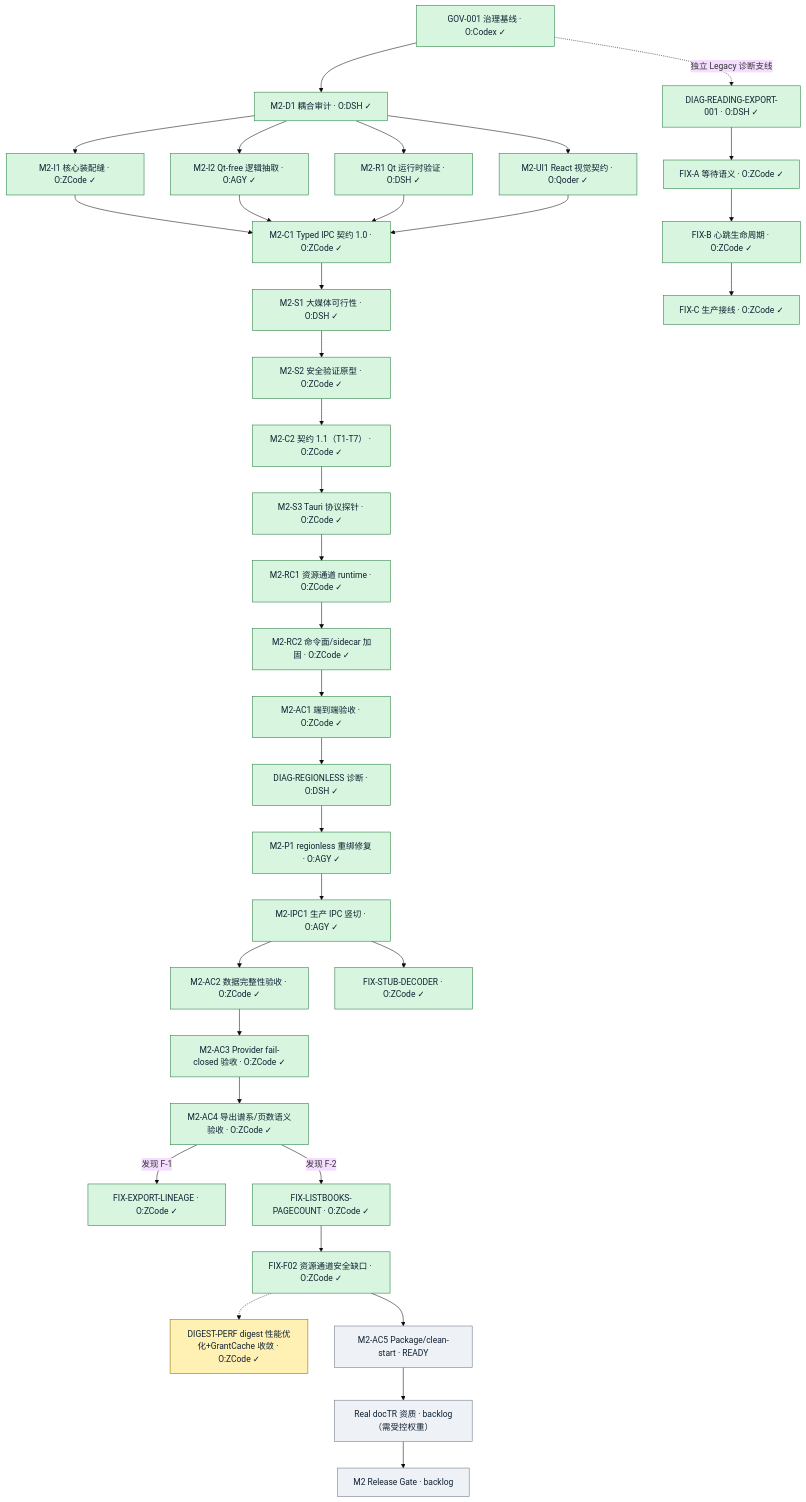
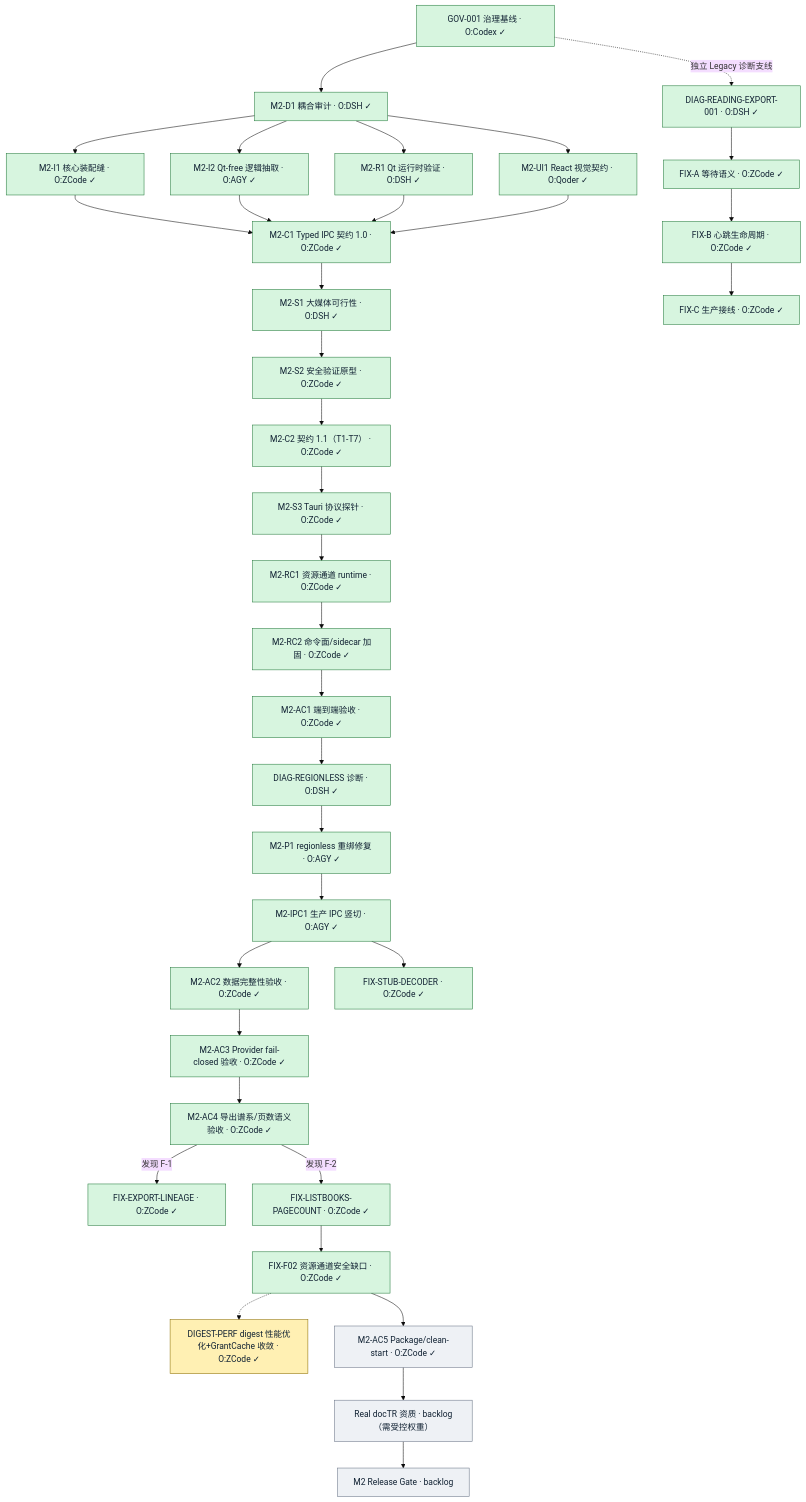
One commit to peakwheat-pixel/New-Manga changed the diagram in doc/REBASELINE_PLAN.md. Above: the diagram before and after it, drawn with Mermaid (base theme). The commit also changed other lines of this file and 11 other files, not shown here.

````diff
--- a/doc/REBASELINE_PLAN.md
+++ b/doc/REBASELINE_PLAN.md
@@ -60,47 +60,47 @@
 ```mermaid
 flowchart TD
   %% ✓ = done（已集成 main）；O = Owner；R = 非作者 Reviewer；黄色 = proposed 未释放；灰色 = backlog 未登记
   GOV["GOV-001 治理基线 · O:Codex ✓"] --> D1["M2-D1 耦合审计 · O:DSH ✓"]
   D1 --> I1["M2-I1 核心装配缝 · O:ZCode ✓"]
   D1 --> I2["M2-I2 Qt-free 逻辑抽取 · O:AGY ✓"]
   D1 --> R1["M2-R1 Qt 运行时验证 · O:DSH ✓"]
   D1 --> UI1["M2-UI1 React 视觉契约 · O:Qoder ✓"]
   I1 --> C1["M2-C1 Typed IPC 契约 1.0 · O:ZCode ✓"]
   I2 --> C1
   R1 --> C1
   UI1 --> C1
   C1 --> S1["M2-S1 大媒体可行性 · O:DSH ✓"]
   S1 --> S2["M2-S2 安全验证原型 · O:ZCode ✓"]
   S2 --> C2["M2-C2 契约 1.1（T1-T7） · O:ZCode ✓"]
   C2 --> S3["M2-S3 Tauri 协议探针 · O:ZCode ✓"]
   S3 --> RC1["M2-RC1 资源通道 runtime · O:ZCode ✓"]
   RC1 --> RC2["M2-RC2 命令面/sidecar 加固 · O:ZCode ✓"]
   RC2 --> AC1["M2-AC1 端到端验收 · O:ZCode ✓"]
   AC1 --> DGR["DIAG-REGIONLESS 诊断 · O:DSH ✓"]
   DGR --> P1["M2-P1 regionless 重绑修复 · O:AGY ✓"]
   P1 --> IPC1["M2-IPC1 生产 IPC 竖切 · O:AGY ✓"]
   IPC1 --> AC2["M2-AC2 数据完整性验收 · O:ZCode ✓"]
   AC2 --> AC3["M2-AC3 Provider fail-closed 验收 · O:ZCode ✓"]
   AC3 --> AC4["M2-AC4 导出谱系/页数语义验收 · O:ZCode ✓"]
   AC4 -->|"发现 F-1"| FXE["FIX-EXPORT-LINEAGE · O:ZCode ✓"]
   AC4 -->|"发现 F-2"| FXL["FIX-LISTBOOKS-PAGECOUNT · O:ZCode ✓"]
   IPC1 --> FXS["FIX-STUB-DECODER · O:ZCode ✓"]
   FXL --> FXF["FIX-F02 资源通道安全缺口 · O:ZCode ✓"]
   GOV -. 独立 Legacy 诊断支线 .-> DIO["DIAG-READING-EXPORT-001 · O:DSH ✓"]
   DIO --> FXA["FIX-A 等待语义 · O:ZCode ✓"]
   FXA --> FXB["FIX-B 心跳生命周期 · O:ZCode ✓"]
   FXB --> FXC["FIX-C 生产接线 · O:ZCode ✓"]
 
   %% 未完成：候选与 backlog
   FXF -.-> DP["DIGEST-PERF digest 性能优化+GrantCache 收敛 · O:ZCode ✓"]
-  FXF --> PKG["M2-AC5 Package/clean-start · READY"]
+  FXF --> PKG["M2-AC5 Package/clean-start · O:ZCode ✓"]
   PKG --> DOC["Real docTR 资质 · backlog（需受控权重）"]
   DOC --> RG["M2 Release Gate · backlog"]
 
   classDef done fill:#d7f5df,stroke:#237a3b,color:#123;
   classDef proposed fill:#fff0b3,stroke:#8a6d00,color:#123;
   classDef backlog fill:#eef1f5,stroke:#697386,color:#123;
   class GOV,D1,I1,I2,R1,UI1,C1,S1,S2,C2,S3,RC1,RC2,AC1,DGR,P1,IPC1,AC2,AC3,AC4,FXE,FXL,FXS,FXF,DIO,FXA,FXB,FXC done;
   class DP proposed;
   class PKG,DOC,RG backlog;
 ```
````
